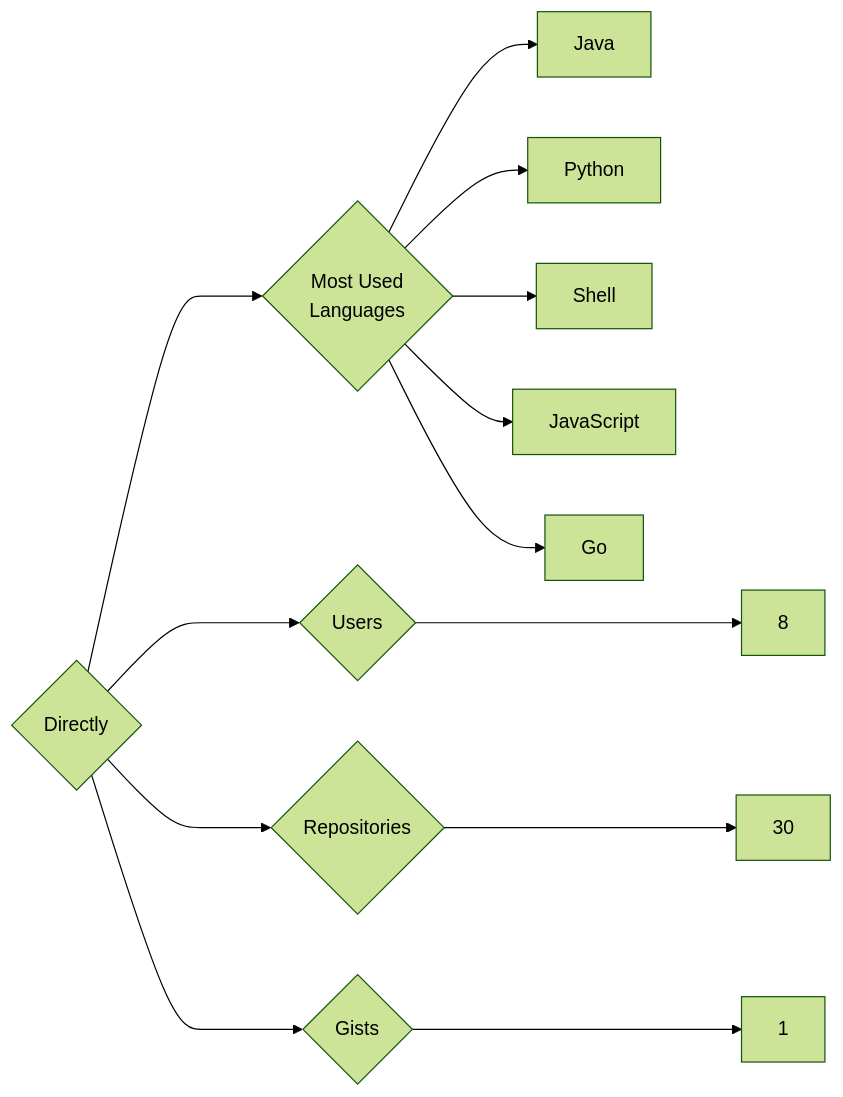
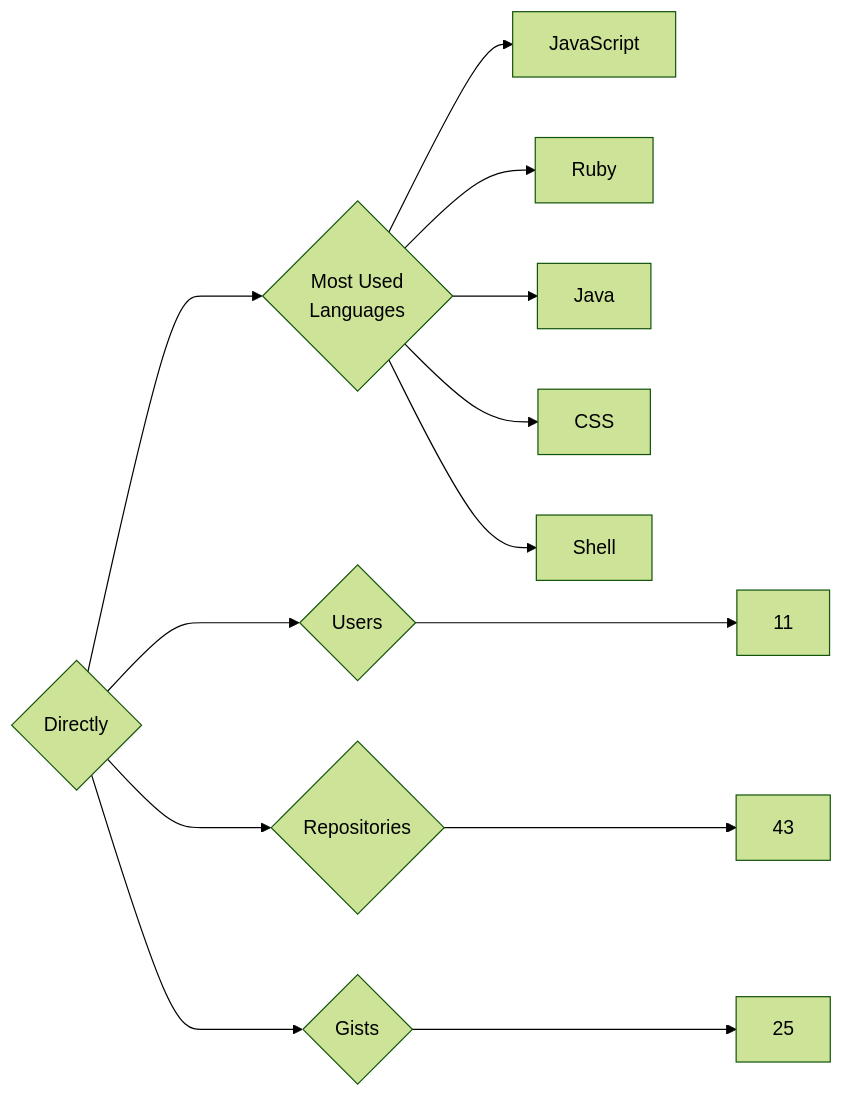
Before and after one commit to trickest/insiders: the diagram in targets/Directly/README.md, drawn with Mermaid (forest theme). The commit also changed 1212 other files, not shown here.

````diff
--- a/targets/Directly/README.md
+++ b/targets/Directly/README.md
@@ -3,13 +3,13 @@
 ```mermaid
 graph LR
 COMPANY_NAME{Directly}
-COMPANY_NAME ---> U{Users} ---> UN[8]
-COMPANY_NAME ---> R{Repositories} ---> RN[30]
-COMPANY_NAME ---> G{Gists} ---> GN[1]
+COMPANY_NAME ---> U{Users} ---> UN[11]
+COMPANY_NAME ---> R{Repositories} ---> RN[43]
+COMPANY_NAME ---> G{Gists} ---> GN[25]
 COMPANY_NAME ---> ML{Most Used<br>Languages}
+ML --> JavaScript[JavaScript]
+ML --> Ruby[Ruby]
 ML --> Java[Java]
-ML --> Python[Python]
+ML --> CSS[CSS]
 ML --> Shell[Shell]
-ML --> JavaScript[JavaScript]
-ML --> Go[Go]
 ```
````
